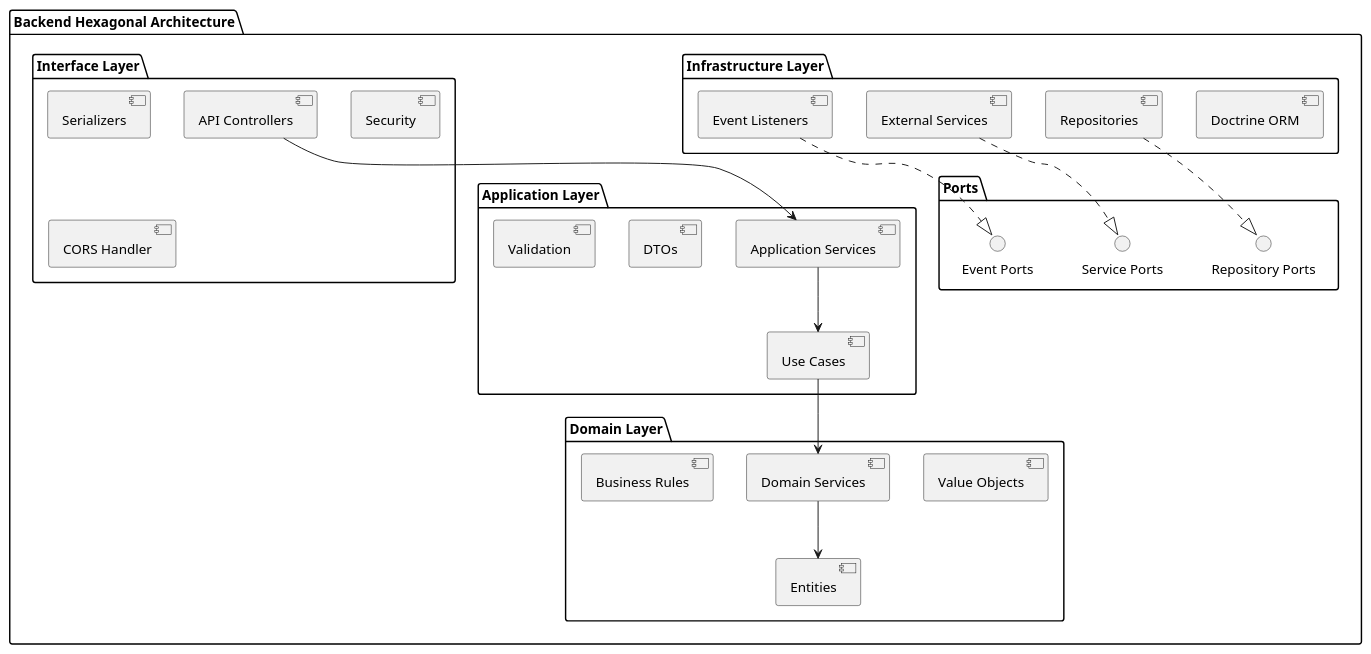
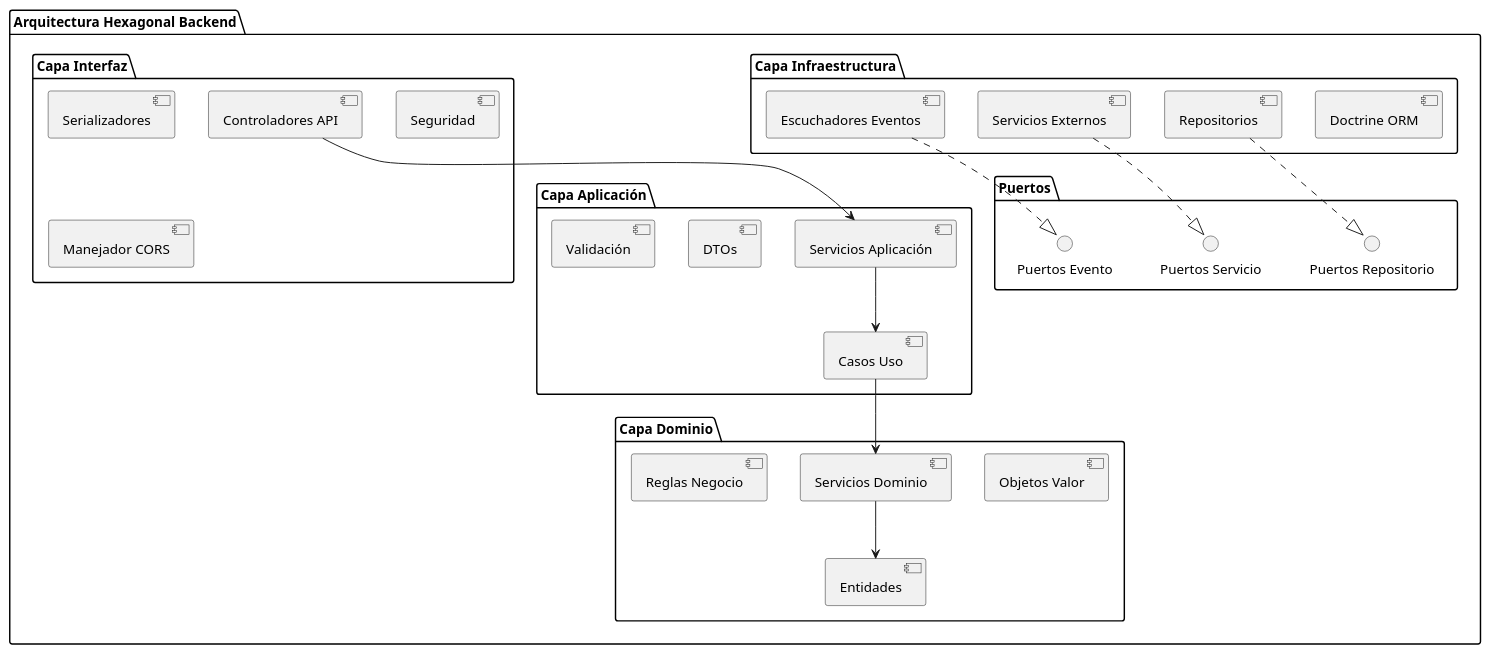
Before and after one commit to JuanmaCenteno/PlataformaTFG: the second of 5 diagrams in docs/05_diseno.md, drawn with PlantUML. The commit also changed other lines of this file and 4 other files, not shown here.

````diff
--- a/docs/05_diseno.md
+++ b/docs/05_diseno.md
@@ -157,50 +157,50 @@
 ```plantuml
 @startuml
-package "Backend Hexagonal Architecture" {
+package "Arquitectura Hexagonal Backend" {
 
-  package "Domain Layer" {
-    [Entities]
-    [Value Objects]
-    [Domain Services]
-    [Business Rules]
+  package "Capa Dominio" {
+    [Entidades]
+    [Objetos Valor]
+    [Servicios Dominio]
+    [Reglas Negocio]
   }
 
-  package "Application Layer" {
-    [Use Cases]
-    [Application Services]
+  package "Capa Aplicación" {
+    [Casos Uso]
+    [Servicios Aplicación]
     [DTOs]
-    [Validation]
+    [Validación]
   }
 
-  package "Infrastructure Layer" {
+  package "Capa Infraestructura" {
     [Doctrine ORM]
-    [Repositories]
-    [External Services]
-    [Event Listeners]
+    [Repositorios]
+    [Servicios Externos]
+    [Escuchadores Eventos]
   }
 
-  package "Interface Layer" {
-    [API Controllers]
-    [Serializers]
-    [Security]
-    [CORS Handler]
+  package "Capa Interfaz" {
+    [Controladores API]
+    [Serializadores]
+    [Seguridad]
+    [Manejador CORS]
   }
 
-  package "Ports" {
-    interface "Repository Ports"
-    interface "Service Ports"
-    interface "Event Ports"
+  package "Puertos" {
+    interface "Puertos Repositorio"
+    interface "Puertos Servicio"
+    interface "Puertos Evento"
   }
 
 }
 
-[API Controllers] --> [Application Services]
-[Application Services] --> [Use Cases]
-[Use Cases] --> [Domain Services]
-[Domain Services] --> [Entities]
-[Repositories] ..|> "Repository Ports"
-[External Services] ..|> "Service Ports"
-[Event Listeners] ..|> "Event Ports"
+[Controladores API] --> [Servicios Aplicación]
+[Servicios Aplicación] --> [Casos Uso]
+[Casos Uso] --> [Servicios Dominio]
+[Servicios Dominio] --> [Entidades]
+[Repositorios] ..|> "Puertos Repositorio"
+[Servicios Externos] ..|> "Puertos Servicio"
+[Escuchadores Eventos] ..|> "Puertos Evento"
 
 @enduml
 ```
````
